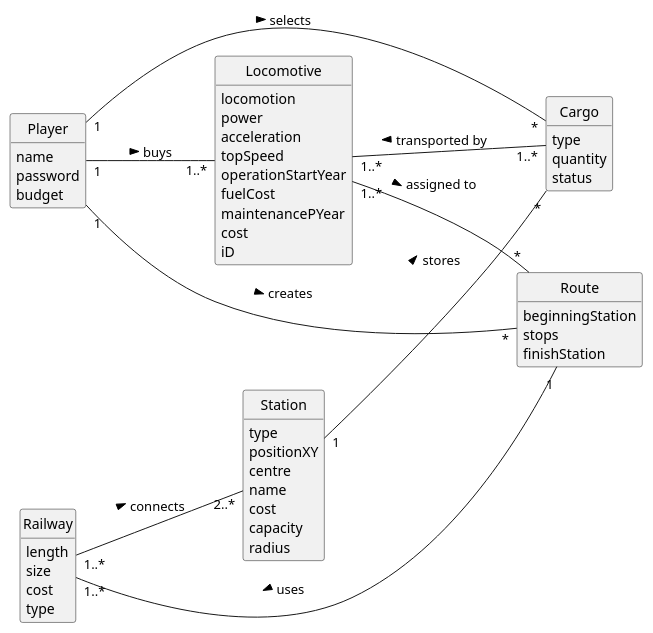
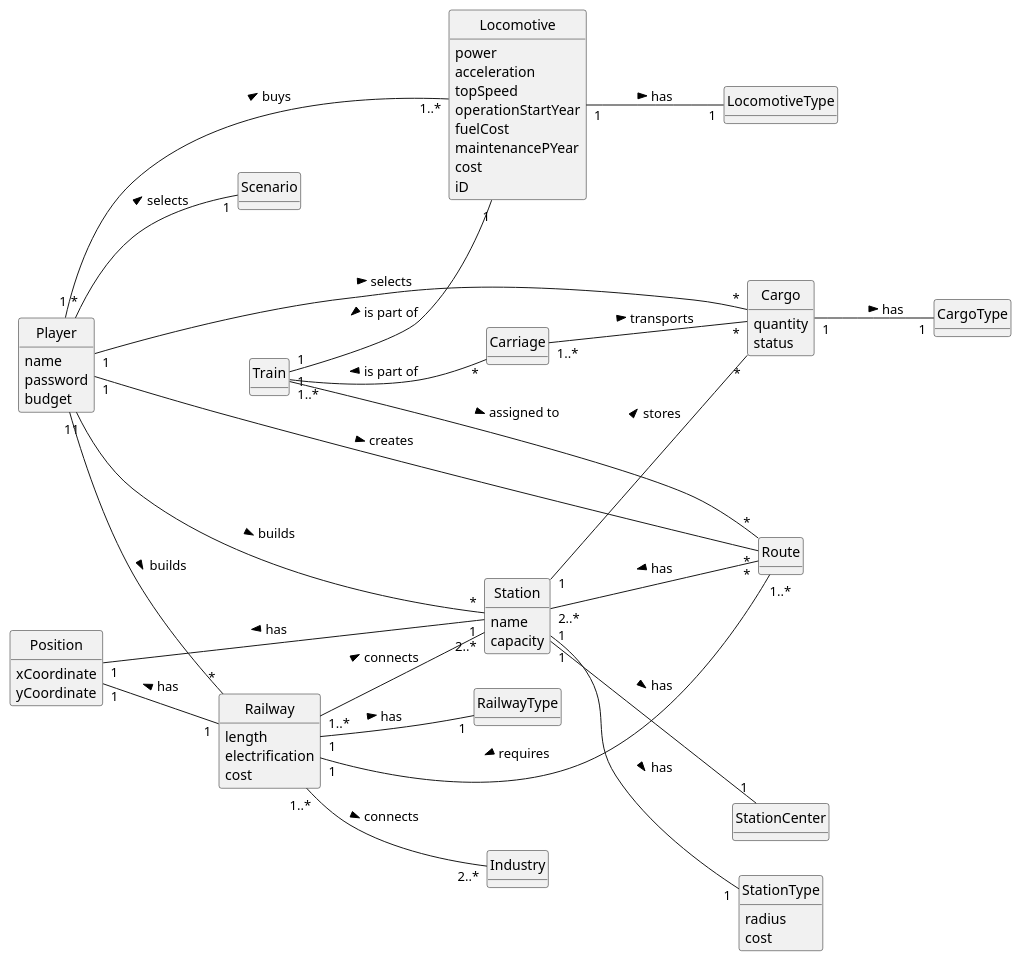
One commit to 1240935/pi2-railway-simulator changed the diagram in Sprint2/US010/02.analysis/puml/US010-DM.puml. Above: the diagram before and after it, drawn with PlantUML. The commit also changed 19 other files, not shown here.

```diff
--- a/Sprint2/US010/02.analysis/puml/US010-DM.puml
+++ b/Sprint2/US010/02.analysis/puml/US010-DM.puml
@@ -1,69 +1,108 @@
 @startuml
 skinparam monochrome true
 skinparam packageStyle rectangle
 skinparam shadowing false
 'skinparam linetype ortho
 'left to right direction
 skinparam classAttributeIconSize 0
 hide circle
 hide methods
 
 left to right direction
 
 class Player {
     name
     password
     budget
 }
 
 class Locomotive {
-    locomotion
     power
     acceleration
     topSpeed
     operationStartYear
     fuelCost
     maintenancePYear
     cost
     iD
 }
 
+class LocomotiveType{
+}
+
 class Route {
-    beginningStation
-    stops
-    finishStation
 }
 
 class Station {
-    type
-    positionXY
-    centre
     name
+    capacity
+}
+
+class StationCenter{
+}
+
+class StationType{
+    radius
     cost
-    capacity
-    radius
 }
 
 class Cargo {
-    type
     quantity
     status
 }
 
+class CargoType{
+}
+
 class Railway{
     length
-    size
+    electrification
     cost
-    type
 }
 
+class RailwayType{
+}
+
+class Position{
+    xCoordinate
+    yCoordinate
+}
+
+class Train {
+}
+
+class Carriage{
+}
+
+Player "*" -- "1" Scenario : selects >
+Player "1" -- "*" Station : builds >
 Player "1" -- "*" Route : creates >
+Player "1" -- "*" Railway : builds >
 Player "1" -- "*"  Cargo : selects >
 Player "1" -- "1..*" Locomotive : buys >
+
+Position "1" -- "1" Station: has <
+Position "1" -- "1" Railway: has <
+
+Station "1" -- "*" Cargo : stores >
+Station "2..*" -- "*" Route: has <
+Station "1" -- "1" StationType: has >
+Station "1" -- "1" StationCenter: has >
+
+Locomotive "1" -- "1" LocomotiveType: has >
+
+Carriage "1..*" -- "*" Cargo: transports >
+
+Railway "1" -- "1..*" Route: requires <
+Railway "1..*" -- "2..*" Industry : connects >
 Railway "1..*" -- "2..*" Station : connects >
-Locomotive "1..*" -- "*" Route : assigned to >
-Locomotive "1..*" -- "1..*" Cargo : transported by <
-Railway "1..*" -- "1" Route: uses <
-Station "1" -- "*" Cargo : stores >
+Railway "1" -- "1" RailwayType: has >
+
+Cargo "1" -- "1" CargoType: has >
+
+Train "1" -- "1" Locomotive: is part of <
+Train "1" -- "*" Carriage: is part of <
+Train "1..*" -- "*" Route : assigned to >
+
 
 @enduml
```
